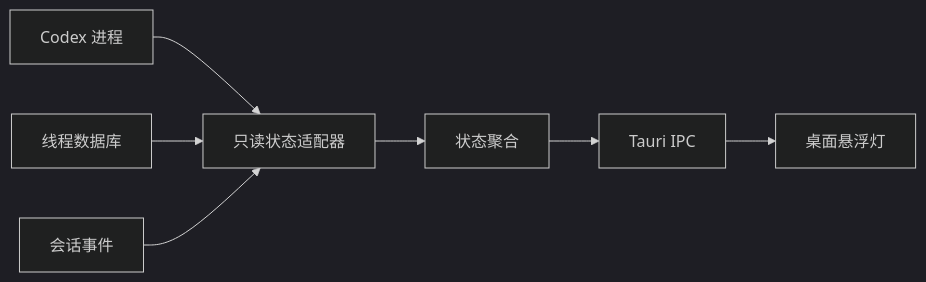
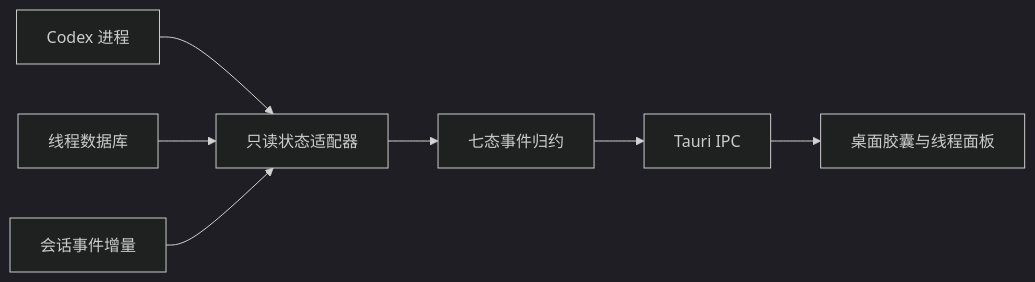
One commit to EimJacky/CodePulse changed the diagram in README.md. Above: the diagram before and after it, drawn with Mermaid (dark theme). The commit also changed other lines of this file and 27 other files, not shown here.

````diff
--- a/README.md
+++ b/README.md
@@ -55,9 +64,9 @@
 ```mermaid
 flowchart LR
     A["Codex 进程"] --> D["只读状态适配器"]
     B["线程数据库"] --> D
-    C["会话事件"] --> D
-    D --> E["状态聚合"]
+    C["会话事件增量"] --> D
+    D --> E["七态事件归约"]
     E --> F["Tauri IPC"]
-    F --> G["桌面悬浮灯"]
+    F --> G["桌面胶囊与线程面板"]
 ```
````
